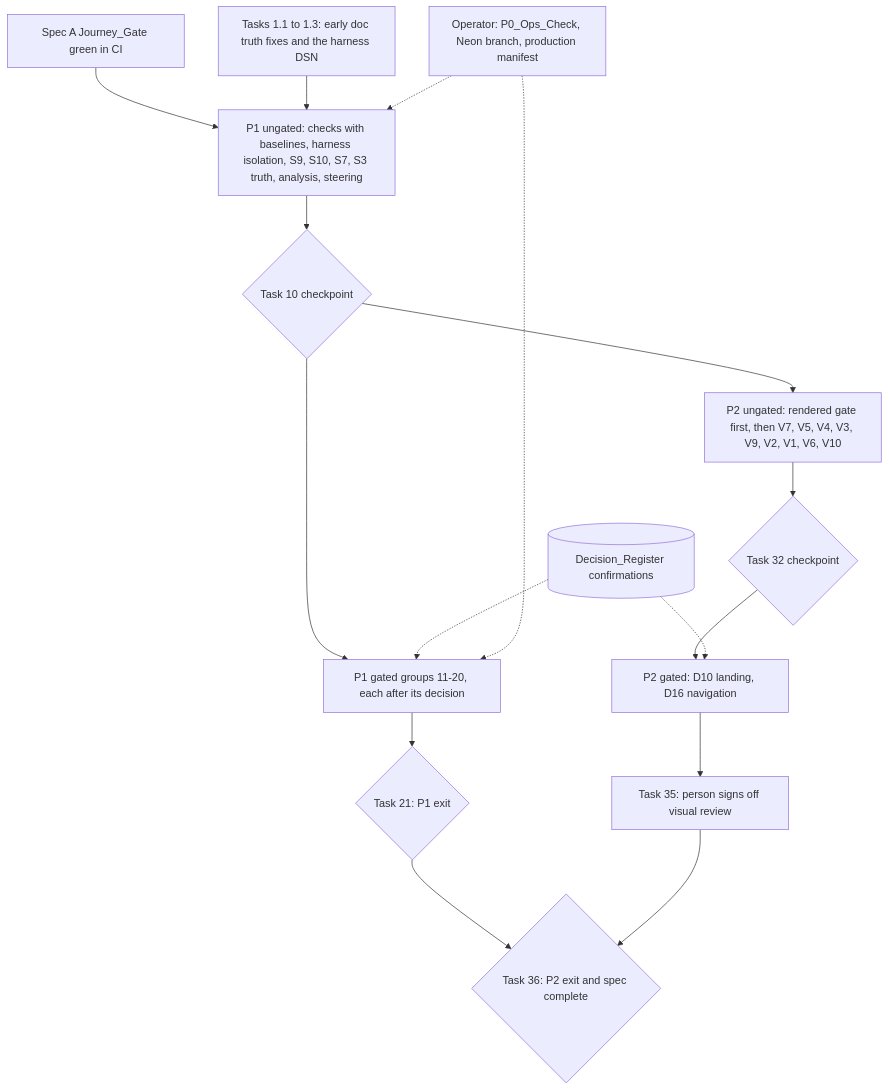
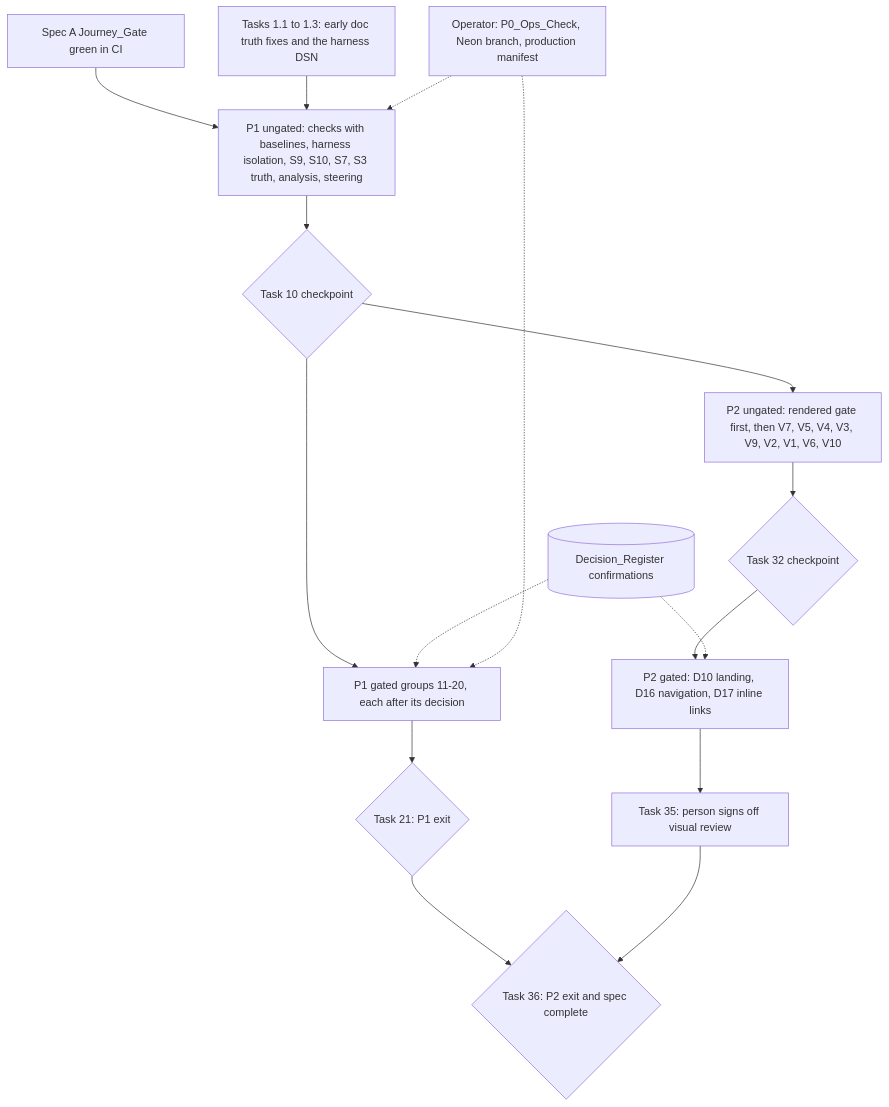
Before and after one commit to cosmasgicter/mihasv3: the diagram in .kiro/specs/platform-simplification-and-polish/design.md, drawn with Mermaid. The commit also changed other lines of this file and 5 other files, not shown here.

````diff
--- a/.kiro/specs/platform-simplification-and-polish/design.md
+++ b/.kiro/specs/platform-simplification-and-polish/design.md
@@ -43,18 +43,18 @@
 ```mermaid
 flowchart TD
     A[Spec A Journey_Gate green in CI] --> B[P1 ungated: checks with baselines, harness isolation, S9, S10, S7, S3 truth, analysis, steering]
     E[Tasks 1.1 to 1.3: early doc truth fixes and the harness DSN] --> B
     B --> C{Task 10 checkpoint}
     C --> D[P1 gated groups 11-20, each after its decision]
     C --> F[P2 ungated: rendered gate first, then V7, V5, V4, V3, V9, V2, V1, V6, V10]
     D --> G{Task 21: P1 exit}
     F --> H{Task 32 checkpoint}
-    H --> I[P2 gated: D10 landing, D16 navigation]
+    H --> I[P2 gated: D10 landing, D16 navigation, D17 inline links]
     I --> J[Task 35: person signs off visual review]
     G --> K{Task 36: P2 exit and spec complete}
     J --> K
     R[(Decision_Register confirmations)] -.-> D
     R -.-> I
     O[Operator: P0_Ops_Check, Neon branch, production manifest] -.-> D
     O -.-> B
 ```
````
